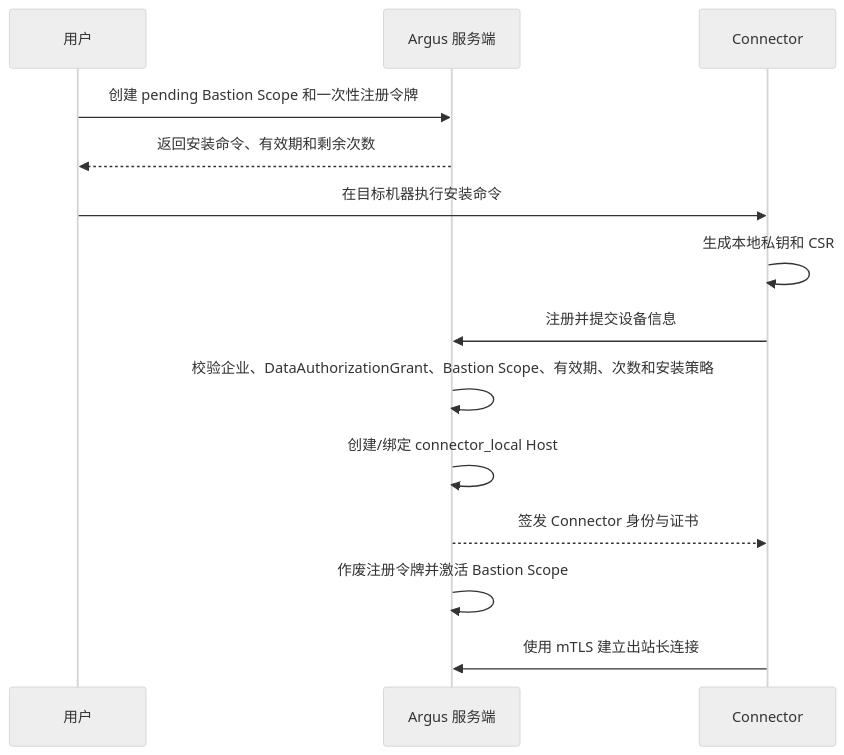
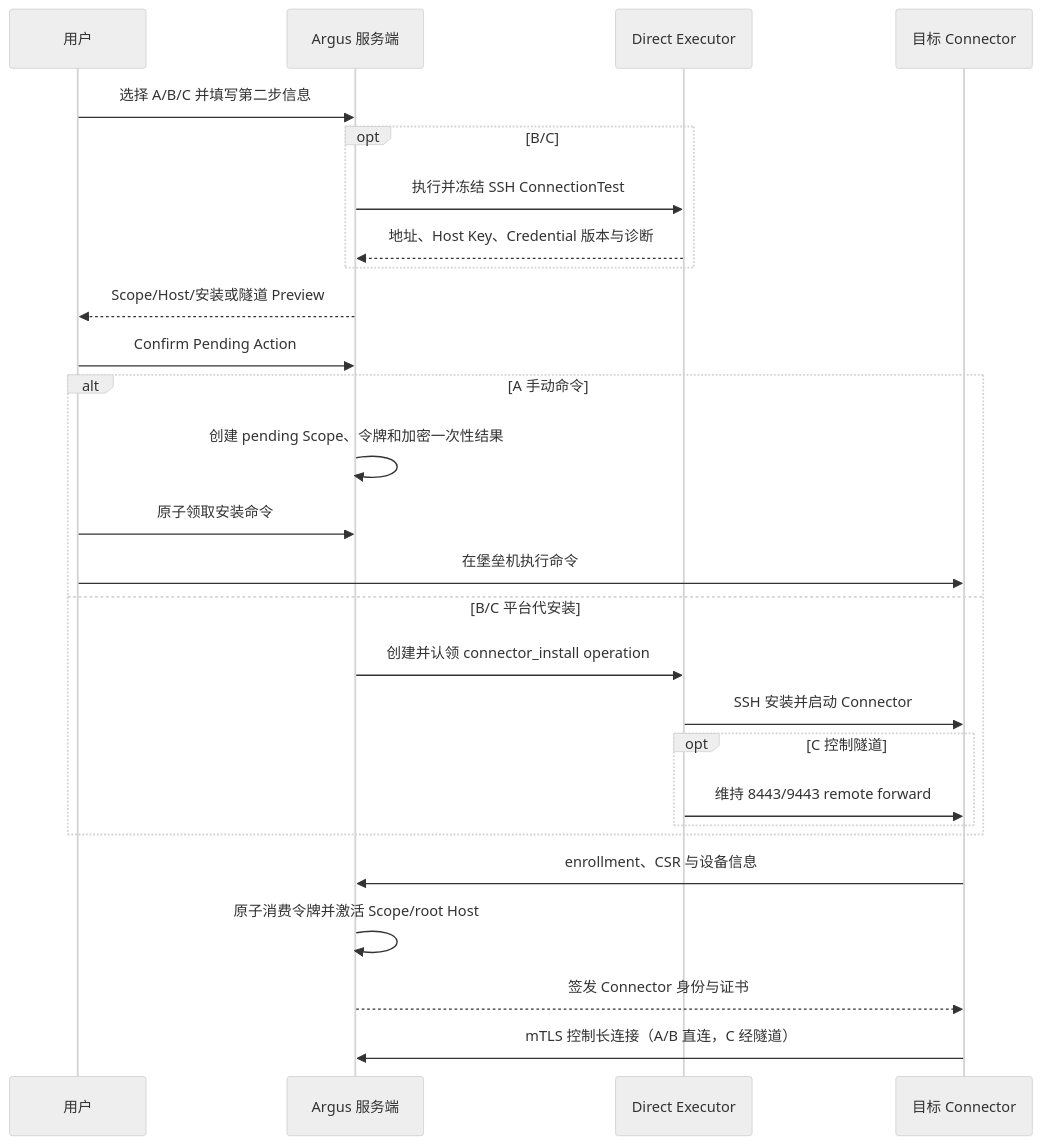
The first of 4 diagrams in docs/03-connectors-and-resources.md (kakj-go/Argus), drawn with Mermaid (neutral theme) before and after one commit. The commit also changed other lines of this file and 441 other files, not shown here.

````diff
--- a/docs/03-connectors-and-resources.md
+++ b/docs/03-connectors-and-resources.md
@@ -114,17 +129,30 @@
 ```mermaid
 sequenceDiagram
     participant U as 用户
     participant S as Argus 服务端
-    participant C as Connector
+    participant E as Direct Executor
+    participant C as 目标 Connector
 
-    U->>S: 创建 pending Bastion Scope 和一次性注册令牌
-    S-->>U: 返回安装命令、有效期和剩余次数
-    U->>C: 在目标机器执行安装命令
-    C->>C: 生成本地私钥和 CSR
-    C->>S: 注册并提交设备信息
-    S->>S: 校验企业、DataAuthorizationGrant、Bastion Scope、有效期、次数和安装策略
-    S->>S: 创建/绑定 connector_local Host
+    U->>S: 选择 A/B/C 并填写第二步信息
+    opt B/C
+        S->>E: 执行并冻结 SSH ConnectionTest
+        E-->>S: 地址、Host Key、Credential 版本与诊断
+    end
+    S-->>U: Scope/Host/安装或隧道 Preview
+    U->>S: Confirm Pending Action
+    alt A 手动命令
+        S->>S: 创建 pending Scope、令牌和加密一次性结果
+        U->>S: 原子领取安装命令
+        U->>C: 在堡垒机执行命令
+    else B/C 平台代安装
+        S->>E: 创建并认领 connector_install operation
+        E->>C: SSH 安装并启动 Connector
+        opt C 控制隧道
+            E->>C: 维持 8443/9443 remote forward
+        end
+    end
+    C->>S: enrollment、CSR 与设备信息
+    S->>S: 原子消费令牌并激活 Scope/root Host
     S-->>C: 签发 Connector 身份与证书
-    S->>S: 作废注册令牌并激活 Bastion Scope
-    C->>S: 使用 mTLS 建立出站长连接
+    C->>S: mTLS 控制长连接（A/B 直连，C 经隧道）
 ```
````
